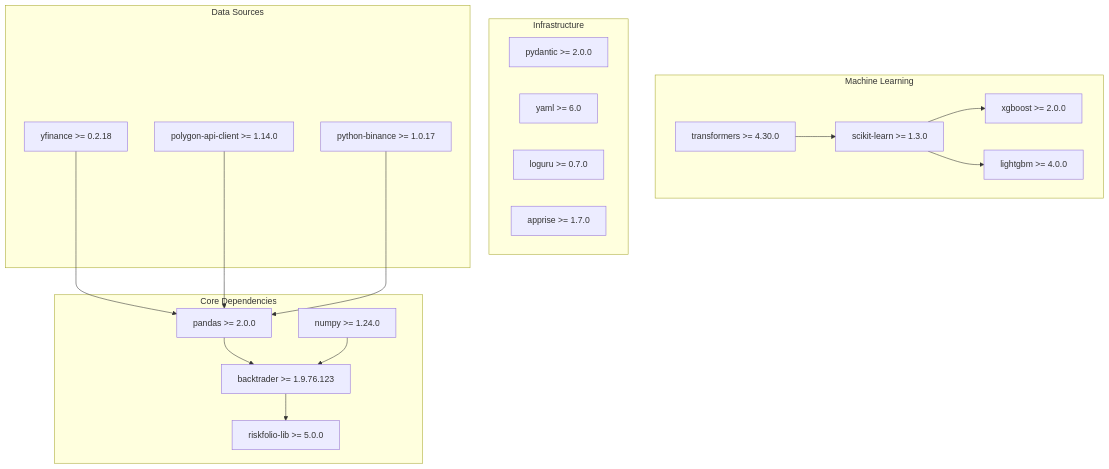
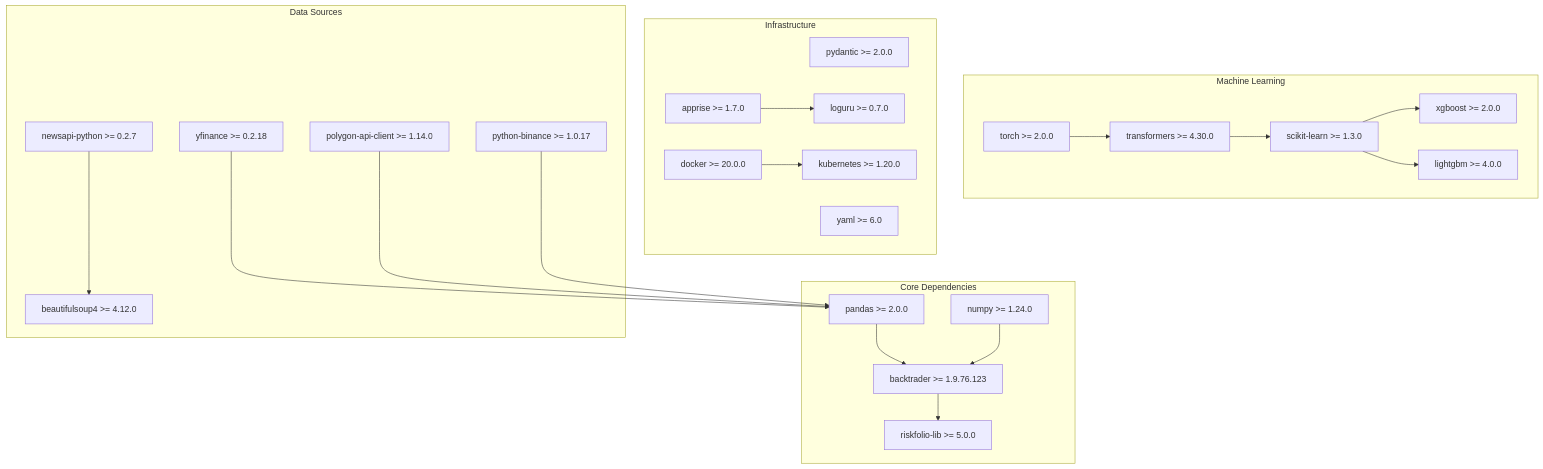
One commit to guofeng201507/shark-quant-trader changed diagram 14 of 15 in .qoder/repowiki/en/content/Project Overview/Development Roadmap.md. Above: the diagram before and after it, drawn with Mermaid. The commit also changed other lines of this file and 14 other files, not shown here.

````diff
--- a/.qoder/repowiki/en/content/Project Overview/Development Roadmap.md
+++ b/.qoder/repowiki/en/content/Project Overview/Development Roadmap.md
@@ -474,35 +849,44 @@
 ```mermaid
 graph TB
 subgraph "Core Dependencies"
 A[pandas >= 2.0.0]
 B[numpy >= 1.24.0]
 C[backtrader >= 1.9.76.123]
 D[riskfolio-lib >= 5.0.0]
 end
 subgraph "Machine Learning"
 E[scikit-learn >= 1.3.0]
 F[xgboost >= 2.0.0]
 G[lightgbm >= 4.0.0]
 H[transformers >= 4.30.0]
+I[torch >= 2.0.0]
 end
 subgraph "Infrastructure"
-I[pydantic >= 2.0.0]
-J[yaml >= 6.0]
-K[loguru >= 0.7.0]
-L[apprise >= 1.7.0]
+J[pydantic >= 2.0.0]
+K[yaml >= 6.0]
+L[loguru >= 0.7.0]
+M[apprise >= 1.7.0]
+N[docker >= 20.0.0]
+O[kubernetes >= 1.20.0]
 end
 subgraph "Data Sources"
-M[yfinance >= 0.2.18]
-N[polygon-api-client >= 1.14.0]
-O[python-binance >= 1.0.17]
+P[yfinance >= 0.2.18]
+Q[polygon-api-client >= 1.14.0]
+R[python-binance >= 1.0.17]
+S[newsapi-python >= 0.2.7]
+T[beautifulsoup4 >= 4.12.0]
 end
 A --> C
 B --> C
 C --> D
 E --> F
 E --> G
 H --> E
-M --> A
-N --> A
-O --> A
+I --> H
+M --> L
+N --> O
+P --> A
+Q --> A
+R --> A
+S --> T
 ```
````
